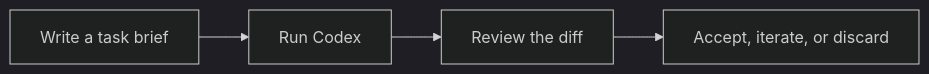
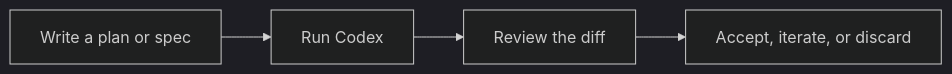
Before and after one commit to jonnyk17/youtube-tutorials: the second of 3 diagrams in tutorials/codex-for-developers/README.md, drawn with Mermaid (dark theme). The commit also changed other lines of this file and 8 other files, not shown here.

````diff
--- a/tutorials/codex-for-developers/README.md
+++ b/tutorials/codex-for-developers/README.md
@@ -155,6 +155,6 @@
 ```mermaid
 flowchart LR
-    A["Write a task brief"] --> B["Run Codex"]
+    A["Write a plan or spec"] --> B["Run Codex"]
     B --> C["Review the diff"]
     C --> D["Accept, iterate, or discard"]
 ```
````
